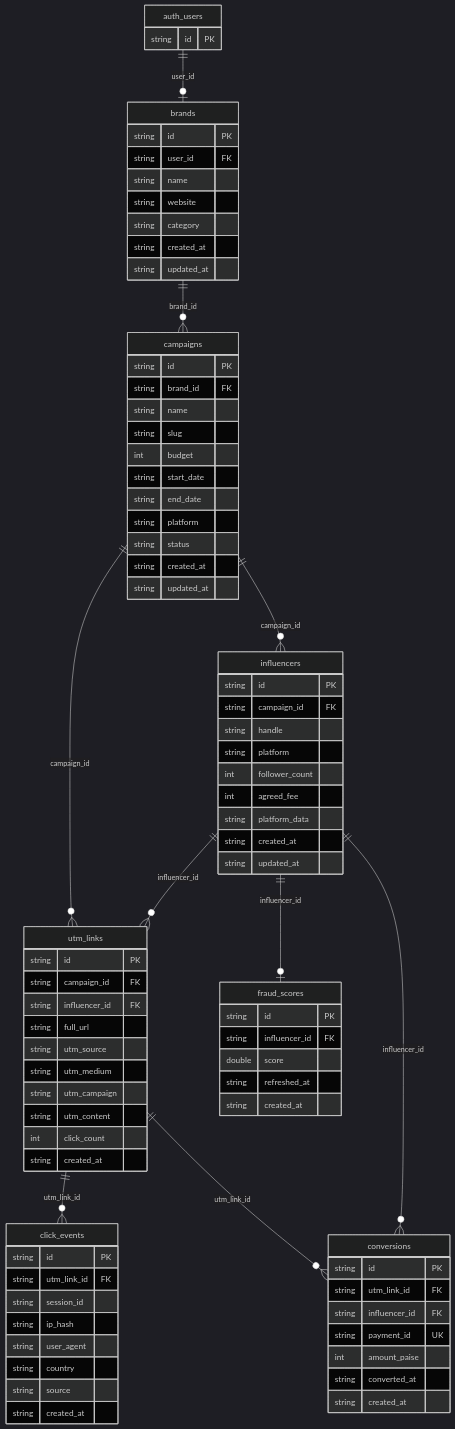
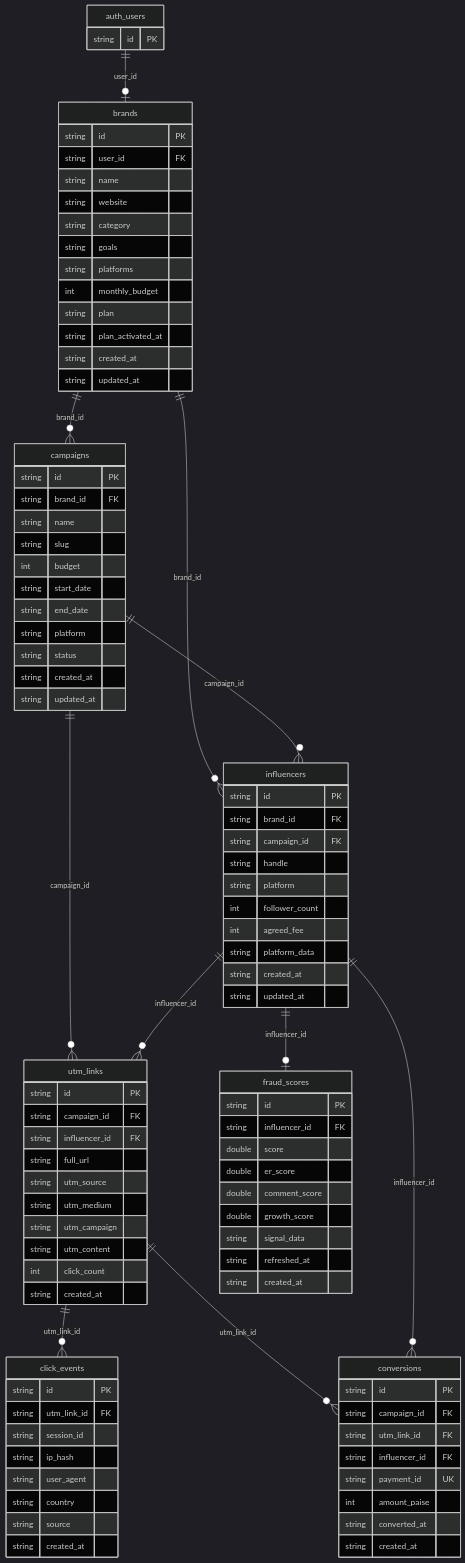
The diagram in db/SCHEMA_DIAGRAM.md (csesayanju/Influro), drawn with Mermaid (dark theme) before and after one commit. The commit also changed other lines of this file and 2 other files, not shown here.

First line of the commit message:
feat(TECH-2): finalize schema with RLS and onboarding fields

```diff
--- a/db/SCHEMA_DIAGRAM.md
+++ b/db/SCHEMA_DIAGRAM.md
@@ -10,6 +10,7 @@
 erDiagram
     auth_users ||--o| brands : user_id
     brands ||--o{ campaigns : brand_id
+    brands ||--o{ influencers : brand_id
     campaigns ||--o{ influencers : campaign_id
     campaigns ||--o{ utm_links : campaign_id
     influencers ||--o{ utm_links : influencer_id
@@ -26,6 +27,11 @@
         string name
         string website
         string category
+        string goals
+        string platforms
+        int monthly_budget
+        string plan
+        string plan_activated_at
         string created_at
         string updated_at
     }
@@ -44,6 +50,7 @@
     }
     influencers {
         string id PK
+        string brand_id FK
         string campaign_id FK
         string handle
         string platform
@@ -77,6 +84,7 @@
     }
     conversions {
         string id PK
+        string campaign_id FK
         string utm_link_id FK
         string influencer_id FK
         string payment_id UK
@@ -88,6 +96,10 @@
         string id PK
         string influencer_id FK
         double score
+        double er_score
+        double comment_score
+        double growth_score
+        string signal_data
         string refreshed_at
         string created_at
     }
```
